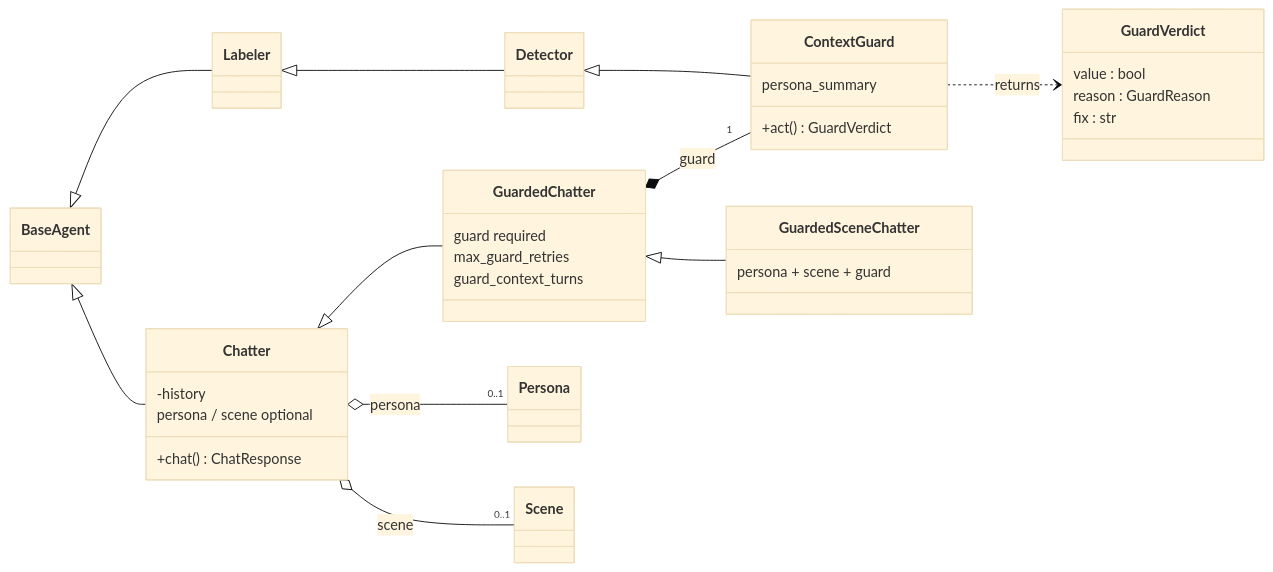
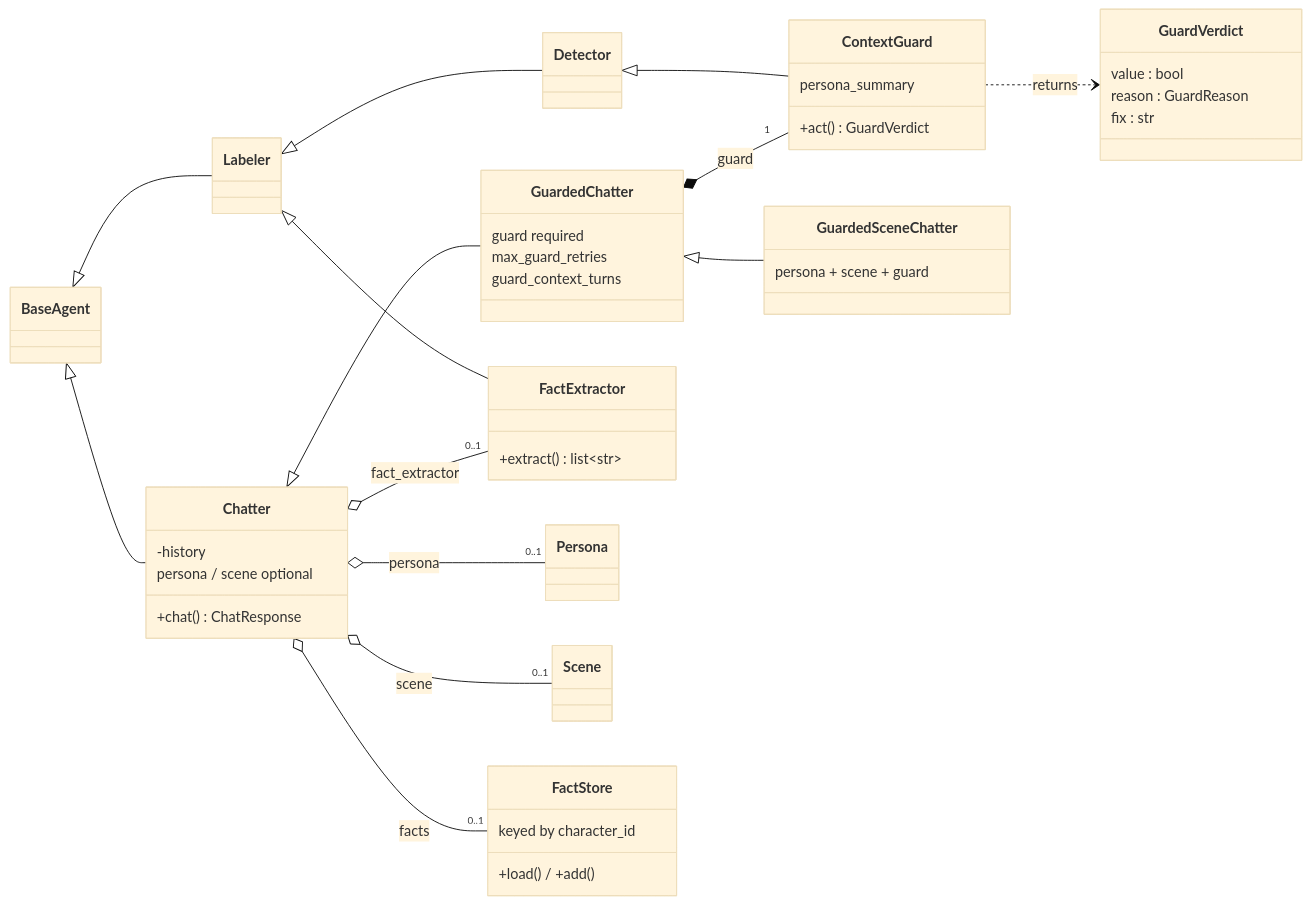
Before and after one commit to carlospinto4p/agents7: the diagram in docs/chatter.md, drawn with Mermaid (base theme). The commit also changed other lines of this file and 133 other files, not shown here.

````diff
--- a/docs/chatter.md
+++ b/docs/chatter.md
@@ -8,40 +8,51 @@
 ```mermaid
 classDiagram
     direction LR
 
     BaseAgent <|-- Chatter
     BaseAgent <|-- Labeler
     Labeler <|-- Detector
     Detector <|-- ContextGuard
 
     Chatter <|-- GuardedChatter
     GuardedChatter <|-- GuardedSceneChatter
 
+    Labeler <|-- FactExtractor
+
     Chatter o-- "0..1" Persona : persona
     Chatter o-- "0..1" Scene : scene
+    Chatter o-- "0..1" FactStore : facts
+    Chatter o-- "0..1" FactExtractor : fact_extractor
     GuardedChatter *-- "1" ContextGuard : guard
     ContextGuard ..> GuardVerdict : returns
 
     class Chatter {
       +chat() ChatResponse
       -history
       persona / scene optional
     }
     class GuardedChatter {
       guard required
       max_guard_retries
       guard_context_turns
     }
     class GuardedSceneChatter {
       persona + scene + guard
     }
     class ContextGuard {
       persona_summary
       +act() GuardVerdict
     }
     class GuardVerdict {
       value : bool
       reason : GuardReason
       fix : str
     }
+    class FactStore {
+      keyed by character_id
+      +load() / +add()
+    }
+    class FactExtractor {
+      +extract() list~str~
+    }
 ```
````
